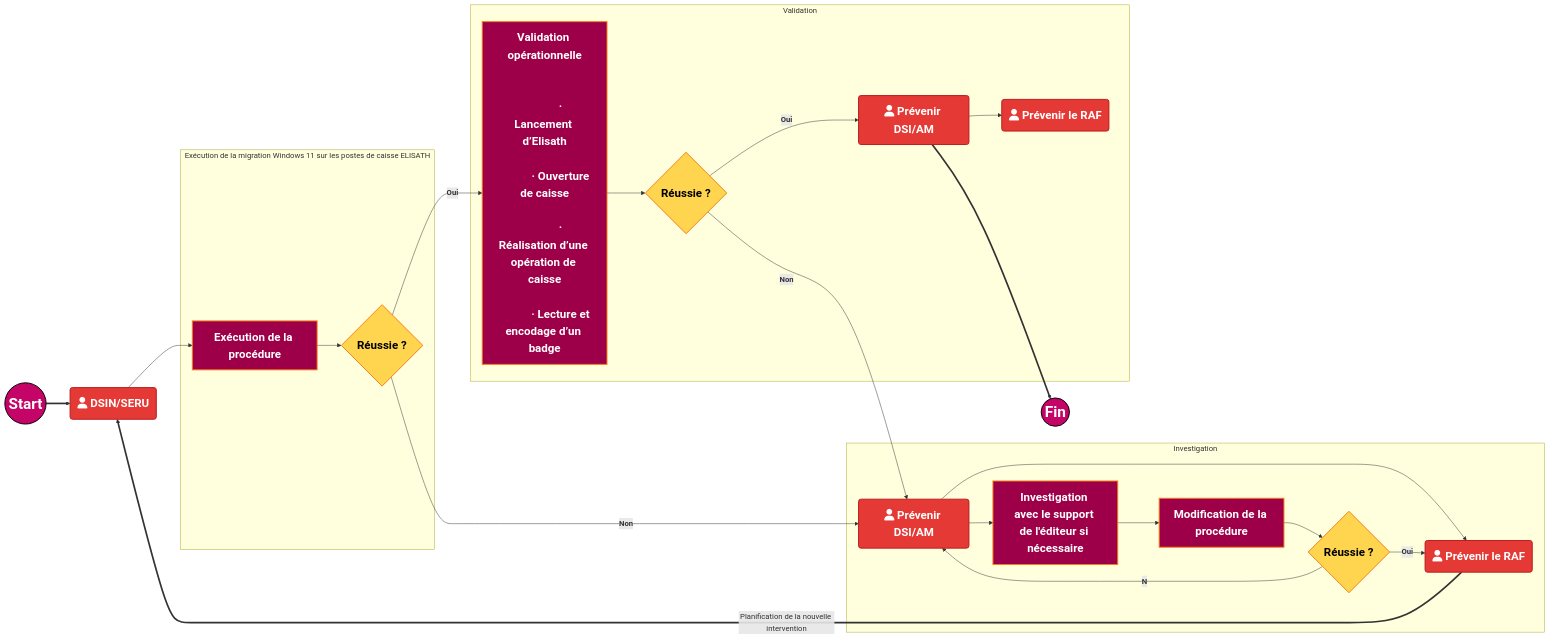
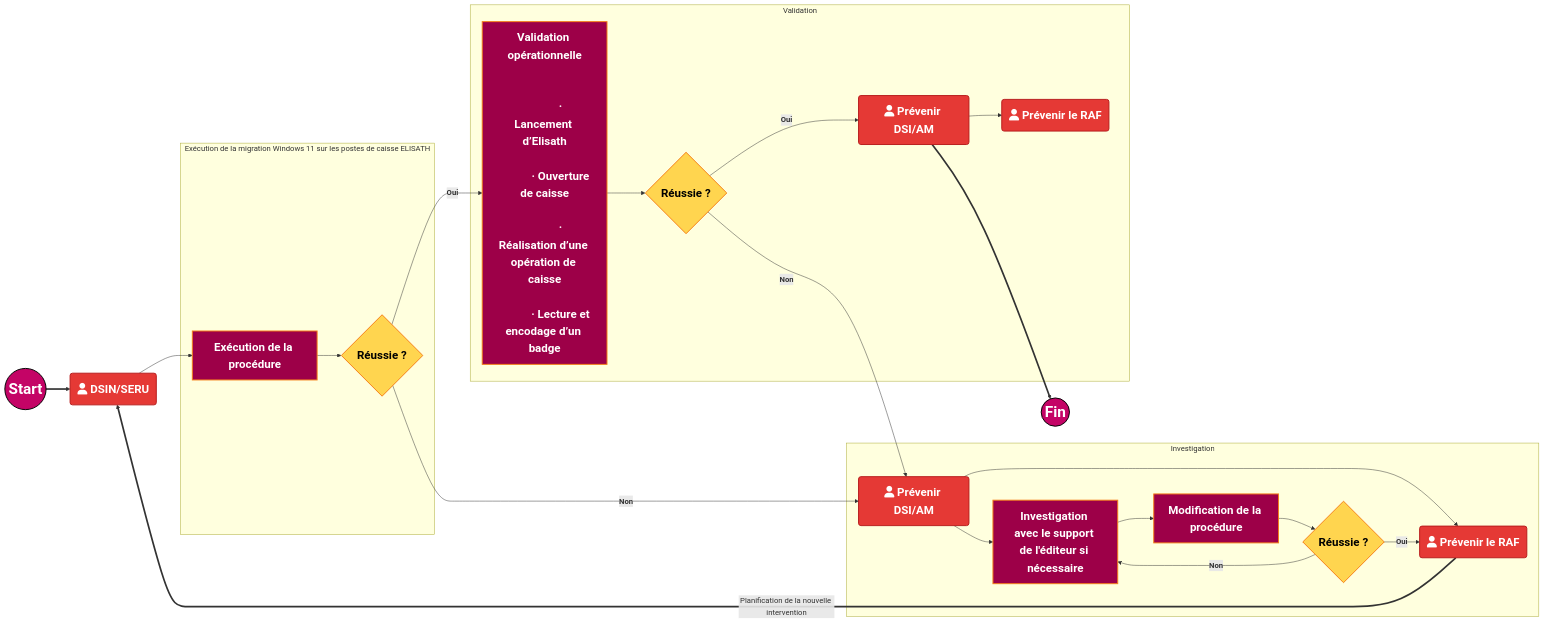
Before and after one commit to fdadda/iodraw-files: the diagram in all/Flux de validation.md, drawn with Mermaid.

Commit message:
2026-05-12 12:19:29 update

````diff
--- a/all/Flux de validation.md
+++ b/all/Flux de validation.md
@@ -1,62 +1,62 @@
 ```mermaid
 flowchart LR
 
     start((Start)) ==> A
     A(fa:fa-user DSIN/SERU) --> B[Exécution de la procédure]
 
     subgraph Exécution de la migration Windows 11 sur les postes de caisse ELISATH
         B --> C{Réussie ?}
     end
 
     subgraph Validation
         C -->|<b>Oui</b>| D["Validation opérationnelle<br/><br/>
             · Lancement d’Elisath<br/>
             · Ouverture de caisse<br/>
             · Réalisation d’une opération de caisse<br/>
             · Lecture et encodage d’un badge"]
 
         D --> Val{Réussie ?}
 
         Val -->|<b>Oui</b>| PrevDSI(fa:fa-user Prévenir DSI/AM)
        
        
         PrevDSI  --> PrevRAF(fa:fa-user Prévenir le RAF)
     end
      PrevDSI ==> fin((Fin))
     Val --> |<b>Non</b>| E
     subgraph Investigation
         C --> |<b>Non</b>| E(fa:fa-user Prévenir DSI/AM)
         E --> F(fa:fa-user Prévenir le RAF)
         E --> G[Investigation avec le support de l'éditeur si nécessaire]
         G --> H[Modification de la procédure]
         H --> I{Réussie ?}
         I -->|<b>Oui</b>| F
-        I -->|<b>N</b>| E
+        I -->|<b>Non</b>| G
     end
 
     F ==>|Planification de la nouvelle intervention| A
 
     %% --- STYLES ---
     classDef StartEndPoint  fill:#c40466,stroke:#000,color:#fff,stroke-width:2px,font-size:32px,font-weight:bold;
     classDef Decision       fill:#ffd54f,stroke:#f57f17,color:#000,stroke-width:2px,font-size:24px,font-weight:bold;
     classDef Action         fill:#9d0048,stroke:#f57f17,color:#fff,stroke-width:2px,font-size:24px,font-weight:bold;
     classDef Error          fill:#e53935,stroke:#b71c1c,color:#fff,stroke-width:2px,font-size:24px,font-weight:bold;
 
     %% --- AFFECTATION DES CLASSES ---
     class start,fin StartEndPoint;
     class C,I,Val Decision;
     class A,E,F,PrevDSI,PrevRAF Error;
     class B,D,G,H Action;
     %% --- “CEINTURE + BRETELLES” (force le style sur les 2 nœuds) ---
     %%style start font-size:32px,font-weight:bold
     %%style fin   font-size:32px,font-weight:bold
 
     %% --- Codes couleur (commentaires) ---
     %% Bleu marine #000080
     %% Midnight blue #191970
     %% Bleu foncé intense #080F70
     %% Bleu foncé moderne #111184
     %% Orange #ffd54f
     %% Rouge #e53935
     %% Rose CAPI #c40466
 ```
````
